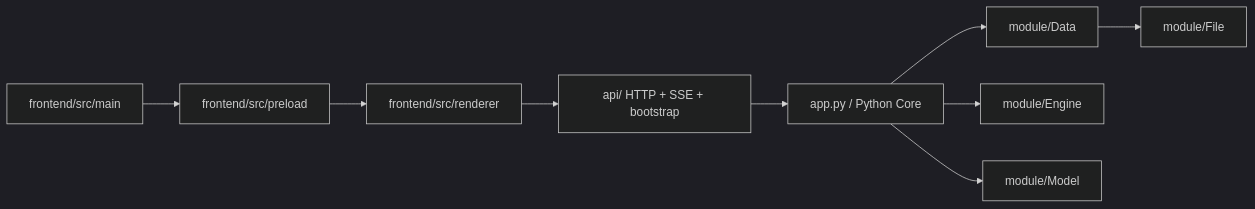
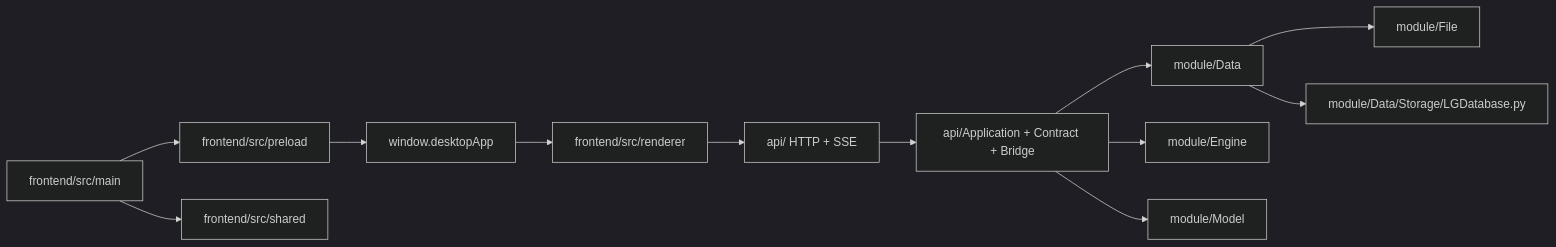
One commit to neavo/LinguaGacha changed the first of 3 diagrams in docs/ARCHITECTURE.md. Above: the diagram before and after it, drawn with Mermaid (dark theme). The commit also changed other lines of this file and 16 other files, not shown here.

````diff
--- a/docs/ARCHITECTURE.md
+++ b/docs/ARCHITECTURE.md
@@ -7,11 +8,14 @@
 ```mermaid
 flowchart LR
     A["frontend/src/main"] --> B["frontend/src/preload"]
-    B --> C["frontend/src/renderer"]
-    C --> D["api/ HTTP + SSE + bootstrap"]
-    D --> E["app.py / Python Core"]
-    E --> F["module/Data"]
-    E --> G["module/Engine"]
-    F --> H["module/File"]
-    E --> I["module/Model"]
+    A --> C["frontend/src/shared"]
+    B --> D["window.desktopApp"]
+    D --> E["frontend/src/renderer"]
+    E --> F["api/ HTTP + SSE"]
+    F --> G["api/Application + Contract + Bridge"]
+    G --> H["module/Data"]
+    G --> I["module/Engine"]
+    H --> J["module/File"]
+    G --> K["module/Model"]
+    H --> L["module/Data/Storage/LGDatabase.py"]
 ```
````
